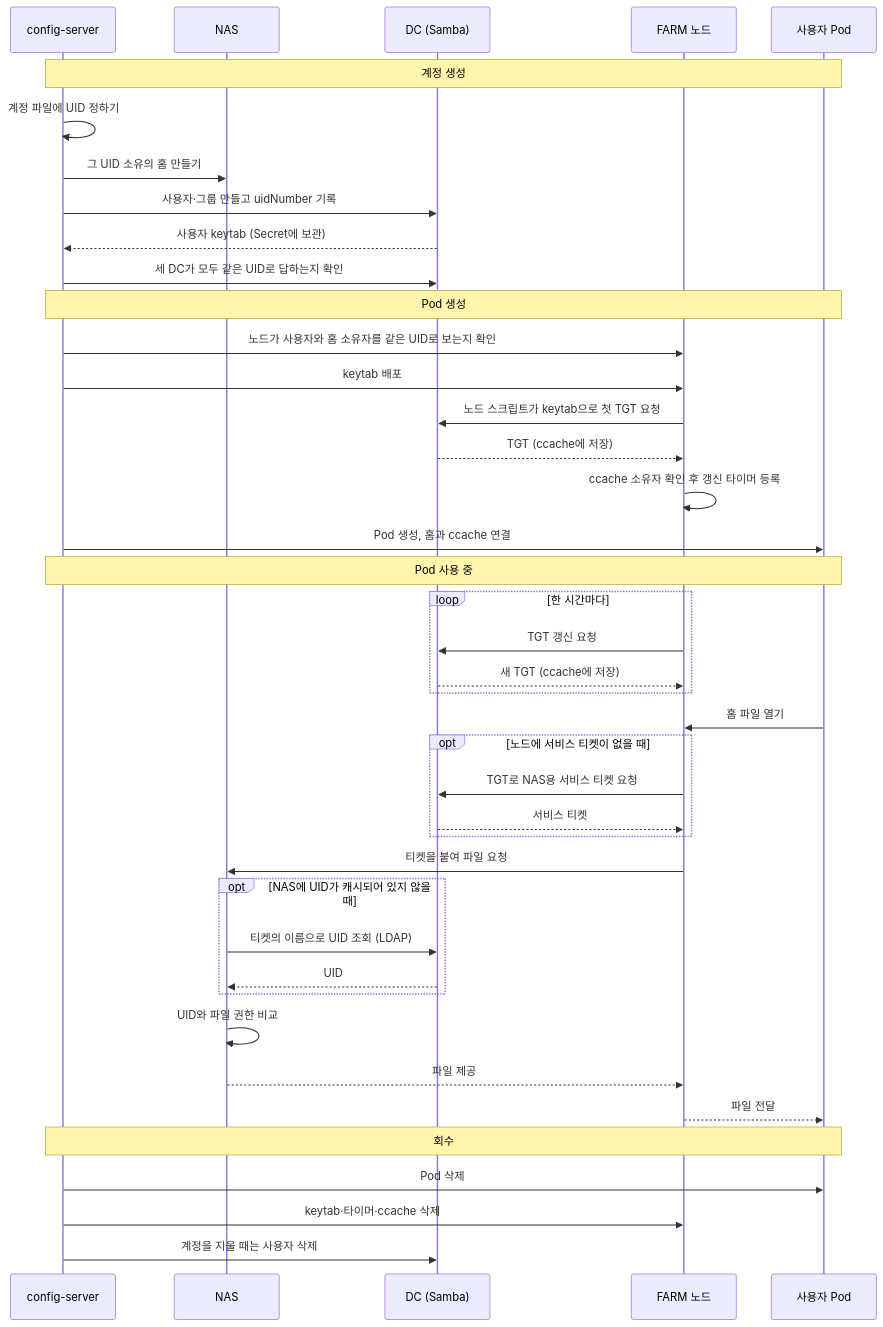
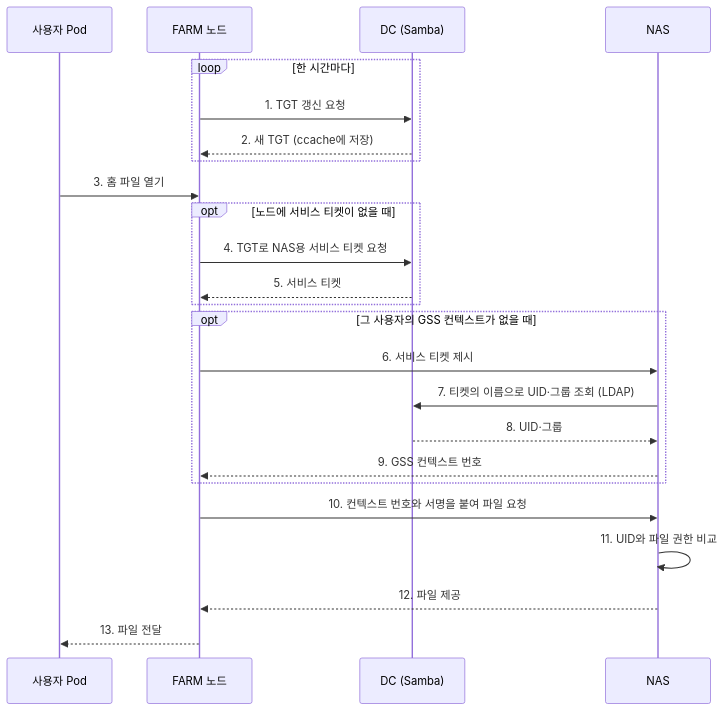
One commit to CSID-DGU/admin_wiki changed the ninth of 12 diagrams in md/infra/design/Kerberos-AD-Samba.md. Above: the diagram before and after it, drawn with Mermaid. The commit also changed other lines of this file, not shown here.

Commit message:
docs: GSS 컨텍스트 내용 추가

````diff
--- a/md/infra/design/Kerberos-AD-Samba.md
+++ b/md/infra/design/Kerberos-AD-Samba.md
@@ -318,47 +371,27 @@
 ```mermaid
 sequenceDiagram
-    participant CS as config-server
+    participant P as 사용자 Pod
+    participant N as FARM 노드
+    participant DC as DC (Samba)
     participant NAS as NAS
-    participant DC as DC (Samba)
-    participant N as FARM 노드
-    participant P as 사용자 Pod
 
-    Note over CS,P: 계정 생성
-    CS->>CS: 계정 파일에 UID 정하기
-    CS->>NAS: 그 UID 소유의 홈 만들기
-    CS->>DC: 사용자·그룹 만들고 uidNumber 기록
-    DC-->>CS: 사용자 keytab (Secret에 보관)
-    CS->>DC: 세 DC가 모두 같은 UID로 답하는지 확인
-
-    Note over CS,P: Pod 생성
-    CS->>N: 노드가 사용자와 홈 소유자를 같은 UID로 보는지 확인
-    CS->>N: keytab 배포
-    N->>DC: 노드 스크립트가 keytab으로 첫 TGT 요청
-    DC-->>N: TGT (ccache에 저장)
-    N->>N: ccache 소유자 확인 후 갱신 타이머 등록
-    CS->>P: Pod 생성, 홈과 ccache 연결
-
-    Note over CS,P: Pod 사용 중
     loop 한 시간마다
-        N->>DC: TGT 갱신 요청
-        DC-->>N: 새 TGT (ccache에 저장)
+        N->>DC: 1. TGT 갱신 요청
+        DC-->>N: 2. 새 TGT (ccache에 저장)
     end
-    P->>N: 홈 파일 열기
+    P->>N: 3. 홈 파일 열기
     opt 노드에 서비스 티켓이 없을 때
-        N->>DC: TGT로 NAS용 서비스 티켓 요청
-        DC-->>N: 서비스 티켓
+        N->>DC: 4. TGT로 NAS용 서비스 티켓 요청
+        DC-->>N: 5. 서비스 티켓
     end
-    N->>NAS: 티켓을 붙여 파일 요청
-    opt NAS에 UID가 캐시되어 있지 않을 때
-        NAS->>DC: 티켓의 이름으로 UID 조회 (LDAP)
-        DC-->>NAS: UID
+    opt 그 사용자의 GSS 컨텍스트가 없을 때
+        N->>NAS: 6. 서비스 티켓 제시
+        NAS->>DC: 7. 티켓의 이름으로 UID·그룹 조회 (LDAP)
+        DC-->>NAS: 8. UID·그룹
+        NAS-->>N: 9. GSS 컨텍스트 번호
     end
-    NAS->>NAS: UID와 파일 권한 비교
-    NAS-->>N: 파일 제공
-    N-->>P: 파일 전달
-
-    Note over CS,P: 회수
-    CS->>P: Pod 삭제
-    CS->>N: keytab·타이머·ccache 삭제
-    CS->>DC: 계정을 지울 때는 사용자 삭제
+    N->>NAS: 10. 컨텍스트 번호와 서명을 붙여 파일 요청
+    NAS->>NAS: 11. UID와 파일 권한 비교
+    NAS-->>N: 12. 파일 제공
+    N-->>P: 13. 파일 전달
 ```
````
